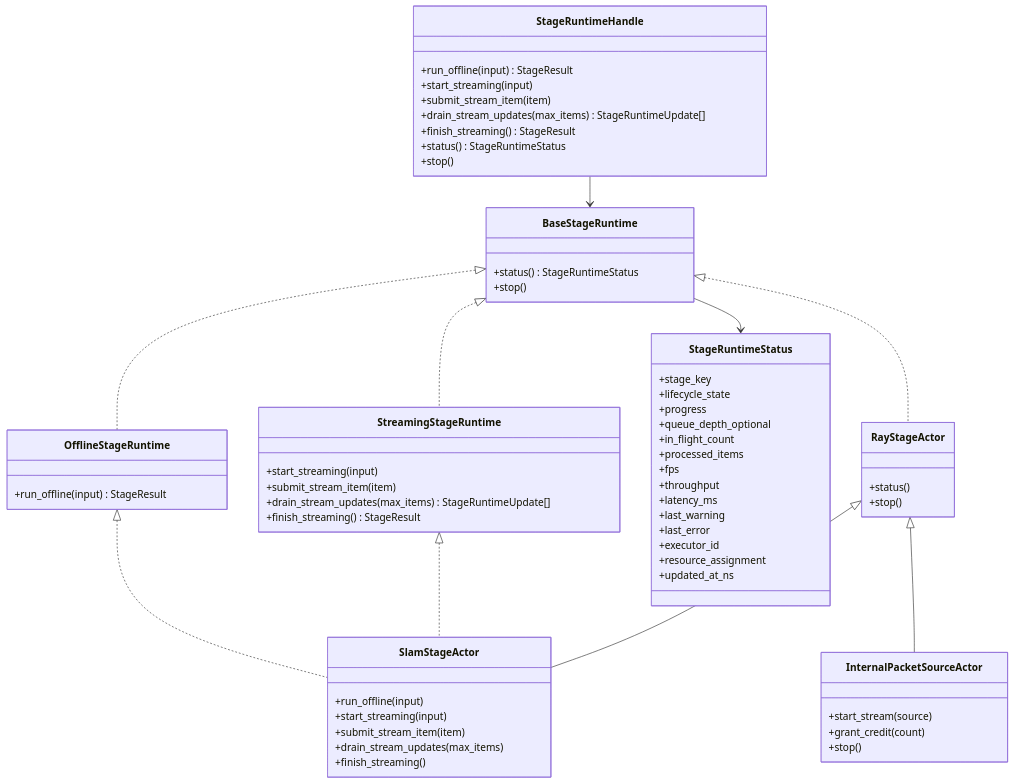
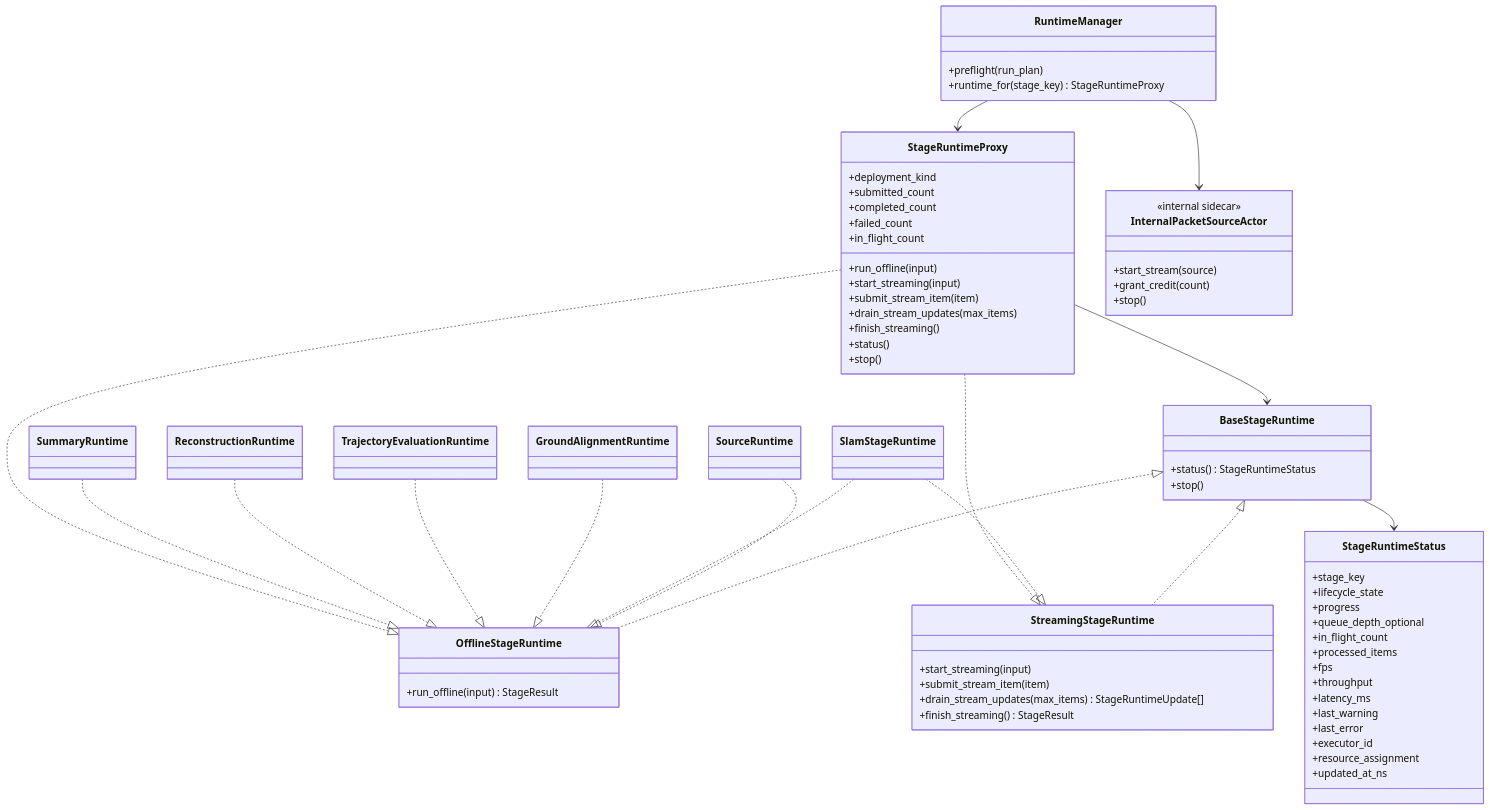
One commit to JanDuchscherer104/prml-vslam changed the fifth of 17 diagrams in docs/architecture/pipeline-stage-refactor-target.md. Above: the diagram before and after it, drawn with Mermaid. The commit also changed other lines of this file and 6 other files, not shown here.

````diff
--- a/docs/architecture/pipeline-stage-refactor-target.md
+++ b/docs/architecture/pipeline-stage-refactor-target.md
@@ -573,16 +573,6 @@
         +submit_stream_item(item)
         +drain_stream_updates(max_items) StageRuntimeUpdate[]
         +finish_streaming() StageResult
-    }
-
-    class StageRuntimeHandle {
-        +run_offline(input) StageResult
-        +start_streaming(input)
-        +submit_stream_item(item)
-        +drain_stream_updates(max_items) StageRuntimeUpdate[]
-        +finish_streaming() StageResult
-        +status() StageRuntimeStatus
-        +stop()
     }
 
     class StageRuntimeStatus {
@@ -602,20 +592,35 @@
         +updated_at_ns
     }
 
-    class RayStageActor {
-        +status()
-        +stop()
+    class SourceRuntime
+    class SlamStageRuntime
+    class GroundAlignmentRuntime
+    class TrajectoryEvaluationRuntime
+    class ReconstructionRuntime
+    class SummaryRuntime
+
+    class RuntimeManager {
+        +preflight(run_plan)
+        +runtime_for(stage_key) StageRuntimeProxy
     }
 
-    class SlamStageActor {
+    class StageRuntimeProxy {
+        +deployment_kind
+        +submitted_count
+        +completed_count
+        +failed_count
+        +in_flight_count
         +run_offline(input)
         +start_streaming(input)
         +submit_stream_item(item)
         +drain_stream_updates(max_items)
         +finish_streaming()
+        +status()
+        +stop()
     }
 
     class InternalPacketSourceActor {
+        <<internal sidecar>>
         +start_stream(source)
         +grant_credit(count)
         +stop()
@@ -623,11 +628,17 @@
 
     BaseStageRuntime <|.. OfflineStageRuntime
     BaseStageRuntime <|.. StreamingStageRuntime
-    BaseStageRuntime <|.. RayStageActor
-    OfflineStageRuntime <|.. SlamStageActor
-    StreamingStageRuntime <|.. SlamStageActor
-    StageRuntimeHandle --> BaseStageRuntime
-    RayStageActor <|-- SlamStageActor
-    RayStageActor <|-- InternalPacketSourceActor
+    SourceRuntime ..|> OfflineStageRuntime
+    SlamStageRuntime ..|> OfflineStageRuntime
+    SlamStageRuntime ..|> StreamingStageRuntime
+    GroundAlignmentRuntime ..|> OfflineStageRuntime
+    TrajectoryEvaluationRuntime ..|> OfflineStageRuntime
+    ReconstructionRuntime ..|> OfflineStageRuntime
+    SummaryRuntime ..|> OfflineStageRuntime
+    StageRuntimeProxy ..|> OfflineStageRuntime
+    StageRuntimeProxy ..|> StreamingStageRuntime
+    RuntimeManager --> StageRuntimeProxy
+    StageRuntimeProxy --> BaseStageRuntime
+    RuntimeManager --> InternalPacketSourceActor
     BaseStageRuntime --> StageRuntimeStatus
 ```
````
